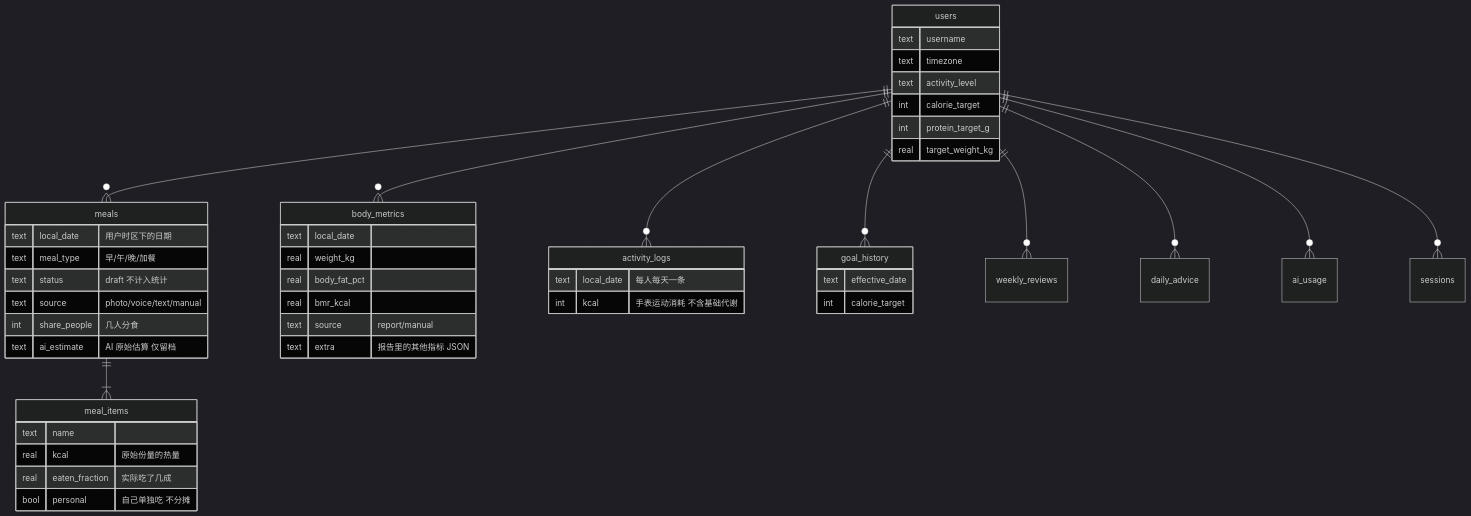
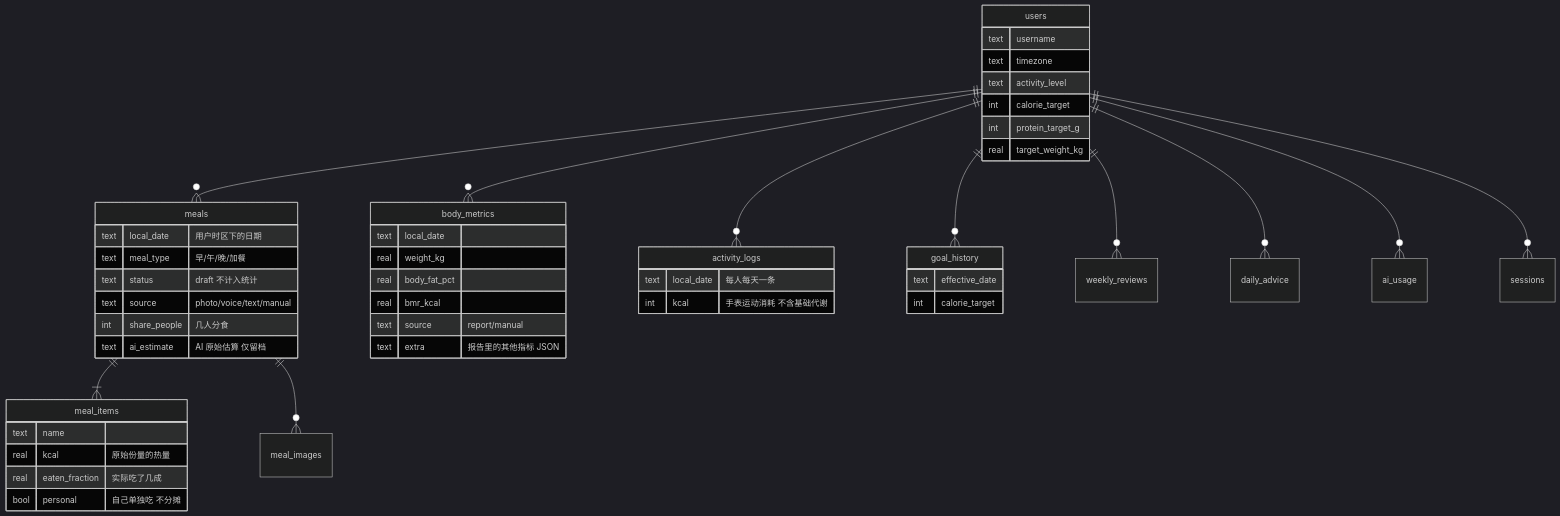
Before and after one commit to hypepsi/dailyfood: the third of 4 diagrams in README.md, drawn with Mermaid (dark theme). The commit also changed other lines of this file and 32 other files, not shown here.

First line of the commit message:
Fix meals by saying a sentence, multiple photos per meal, titles follow contents

````diff
--- a/README.md
+++ b/README.md
@@ -288,51 +268,52 @@
 ```mermaid
 erDiagram
     users ||--o{ meals : ""
     users ||--o{ body_metrics : ""
     users ||--o{ activity_logs : ""
     users ||--o{ goal_history : ""
     users ||--o{ weekly_reviews : ""
     users ||--o{ daily_advice : ""
     users ||--o{ ai_usage : ""
     users ||--o{ sessions : ""
     meals ||--|{ meal_items : ""
+    meals ||--o{ meal_images : ""
 
     users {
         text username
         text timezone
         text activity_level
         int calorie_target
         int protein_target_g
         real target_weight_kg
     }
     meals {
         text local_date "用户时区下的日期"
         text meal_type "早/午/晚/加餐"
         text status "draft 不计入统计"
         text source "photo/voice/text/manual"
         int share_people "几人分食"
         text ai_estimate "AI 原始估算 仅留档"
     }
     meal_items {
         text name
         real kcal "原始份量的热量"
         real eaten_fraction "实际吃了几成"
         bool personal "自己单独吃 不分摊"
     }
     body_metrics {
         text local_date
         real weight_kg
         real body_fat_pct
         real bmr_kcal
         text source "report/manual"
         text extra "报告里的其他指标 JSON"
     }
     activity_logs {
         text local_date "每人每天一条"
         int kcal "手表运动消耗 不含基础代谢"
     }
     goal_history {
         text effective_date
         int calorie_target
     }
 ```
````
